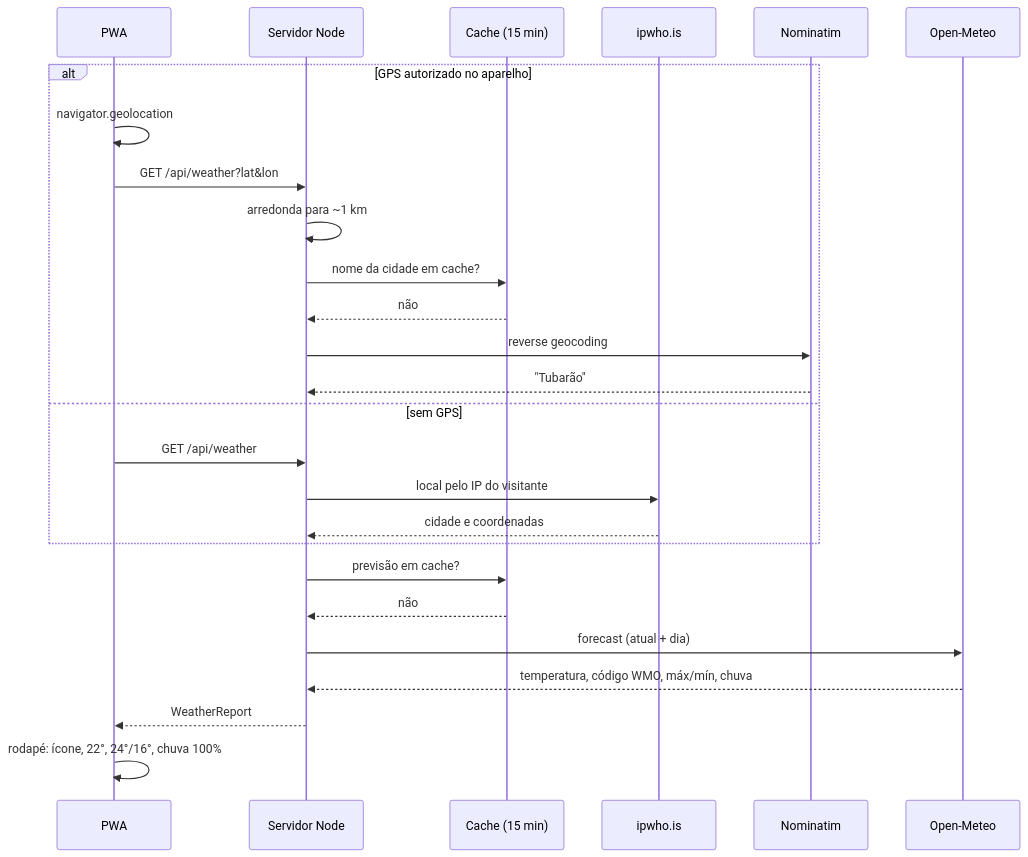
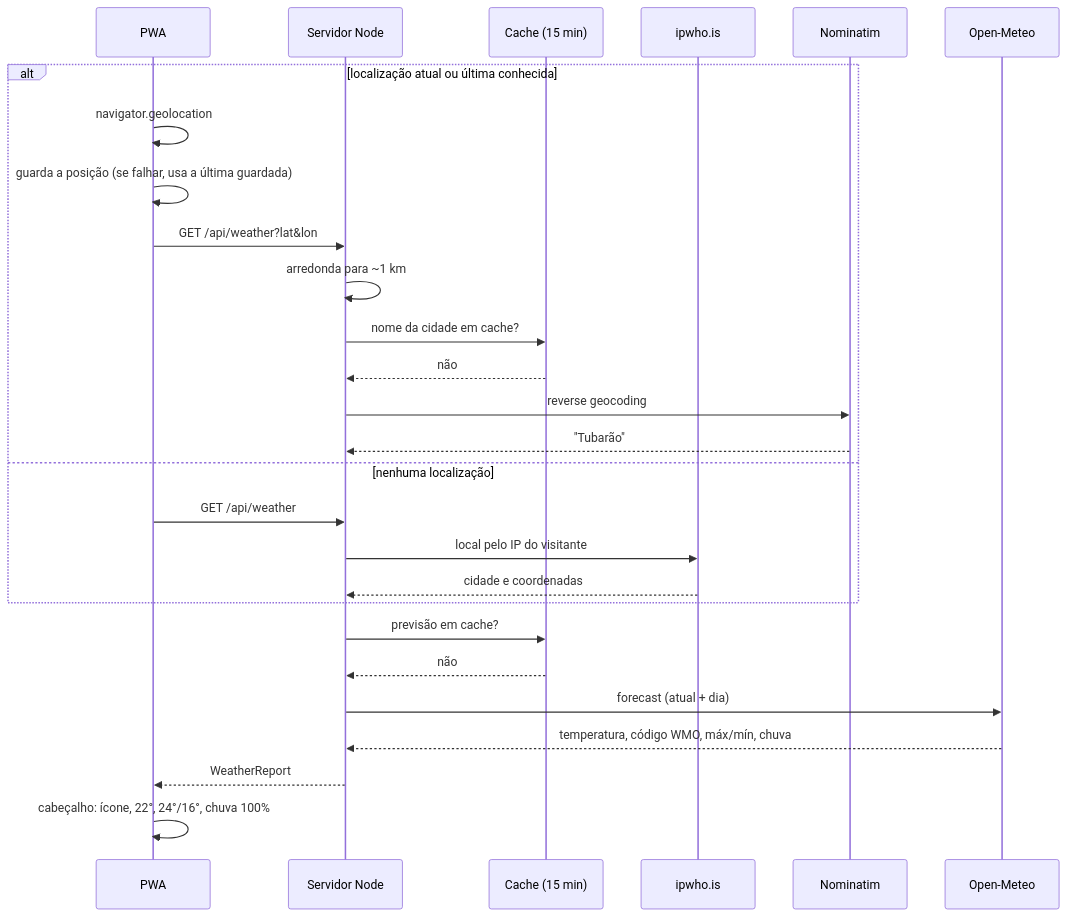
One commit to CarlosAlvesSantosJr/My-daily-tasks changed the fifth of 5 diagrams in README.md. Above: the diagram before and after it, drawn with Mermaid. The commit also changed other lines of this file and 16 other files, not shown here.

````diff
--- a/README.md
+++ b/README.md
@@ -221,29 +231,30 @@
 ```mermaid
 sequenceDiagram
     participant N as PWA
     participant S as Servidor Node
     participant C as Cache (15 min)
     participant I as ipwho.is
     participant O as Nominatim
     participant M as Open-Meteo
 
-    alt GPS autorizado no aparelho
+    alt localização atual ou última conhecida
         N->>N: navigator.geolocation
+        N->>N: guarda a posição (se falhar, usa a última guardada)
         N->>S: GET /api/weather?lat&lon
         S->>S: arredonda para ~1 km
         S->>C: nome da cidade em cache?
         C-->>S: não
         S->>O: reverse geocoding
         O-->>S: "Tubarão"
-    else sem GPS
+    else nenhuma localização
         N->>S: GET /api/weather
         S->>I: local pelo IP do visitante
         I-->>S: cidade e coordenadas
     end
     S->>C: previsão em cache?
     C-->>S: não
     S->>M: forecast (atual + dia)
     M-->>S: temperatura, código WMO, máx/mín, chuva
     S-->>N: WeatherReport
-    N->>N: rodapé: ícone, 22°, 24°/16°, chuva 100%
+    N->>N: cabeçalho: ícone, 22°, 24°/16°, chuva 100%
 ```
````
